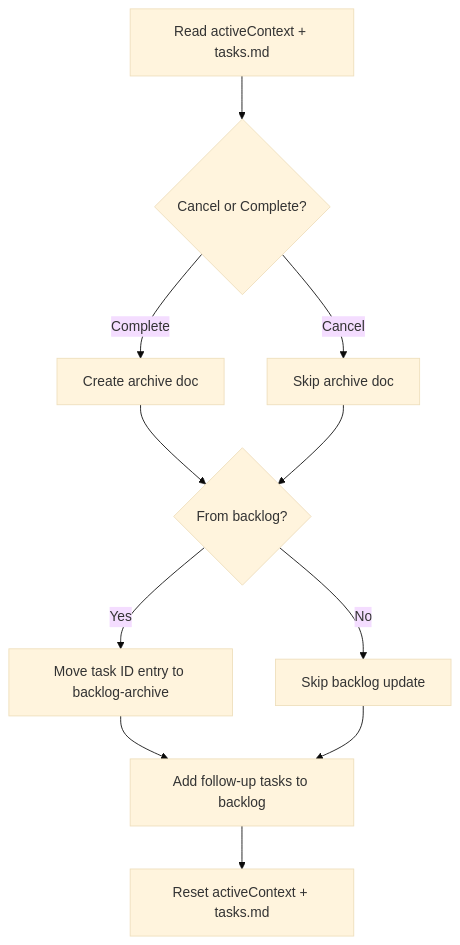
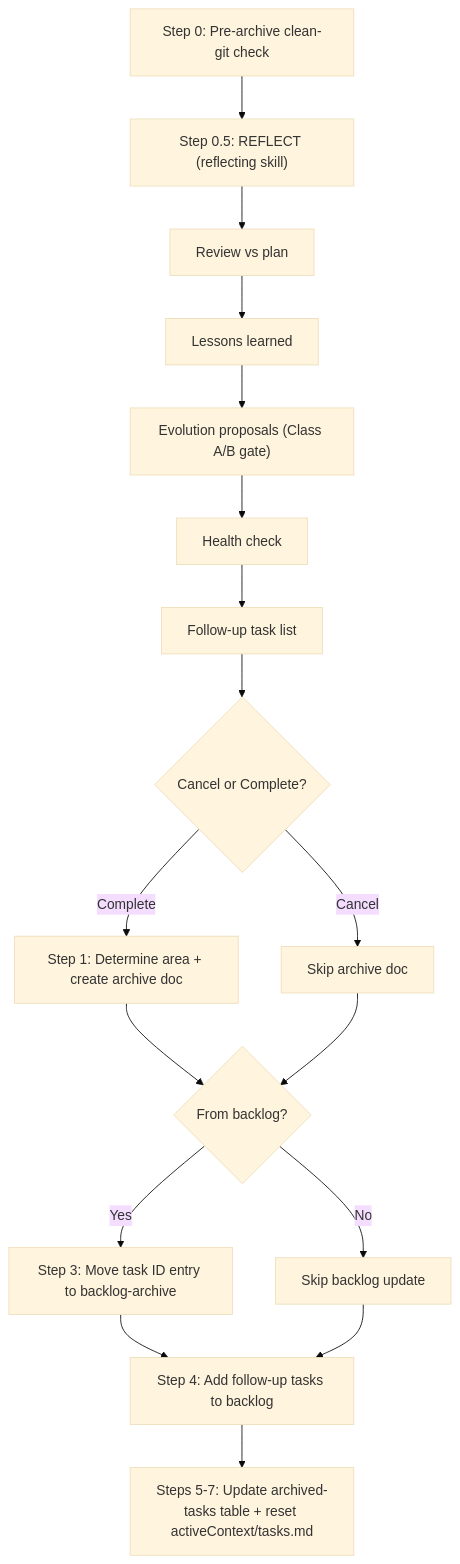
Before and after one commit to Arcanada-one/datarim: the eighth of 8 diagrams in skills/visual-maps/stage-process-flows.md, drawn with Mermaid (base theme). The commit also changed other lines of this file and 3 other files, not shown here.

First line of the commit message:
TUNE-0013 Phase 3: regenerate 4 visual-maps mermaid diagrams

````diff
--- a/skills/visual-maps/stage-process-flows.md
+++ b/skills/visual-maps/stage-process-flows.md
@@ -104,13 +95,19 @@
 ```mermaid
 graph TD
-    A["Read activeContext + tasks.md"] --> B{"Cancel or Complete?"}
-    B -->|Complete| C["Create archive doc"]
-    B -->|Cancel| H["Skip archive doc"]
-    C --> D{"From backlog?"}
-    H --> D
-    D -->|Yes| E["Move task ID entry to backlog-archive"]
-    D -->|No| F["Skip backlog update"]
-    E --> G["Add follow-up tasks to backlog"]
-    F --> G
-    G --> I["Reset activeContext + tasks.md"]
+    A["Step 0: Pre-archive clean-git check"] --> B["Step 0.5: REFLECT (reflecting skill)"]
+    B --> B1["Review vs plan"]
+    B1 --> B2["Lessons learned"]
+    B2 --> B3["Evolution proposals (Class A/B gate)"]
+    B3 --> B4["Health check"]
+    B4 --> B5["Follow-up task list"]
+    B5 --> C{"Cancel or Complete?"}
+    C -->|Complete| D["Step 1: Determine area + create archive doc"]
+    C -->|Cancel| H["Skip archive doc"]
+    D --> E{"From backlog?"}
+    H --> E
+    E -->|Yes| F["Step 3: Move task ID entry to backlog-archive"]
+    E -->|No| G["Skip backlog update"]
+    F --> K["Step 4: Add follow-up tasks to backlog"]
+    G --> K
+    K --> L["Steps 5-7: Update archived-tasks table + reset activeContext/tasks.md"]
 ```
````
